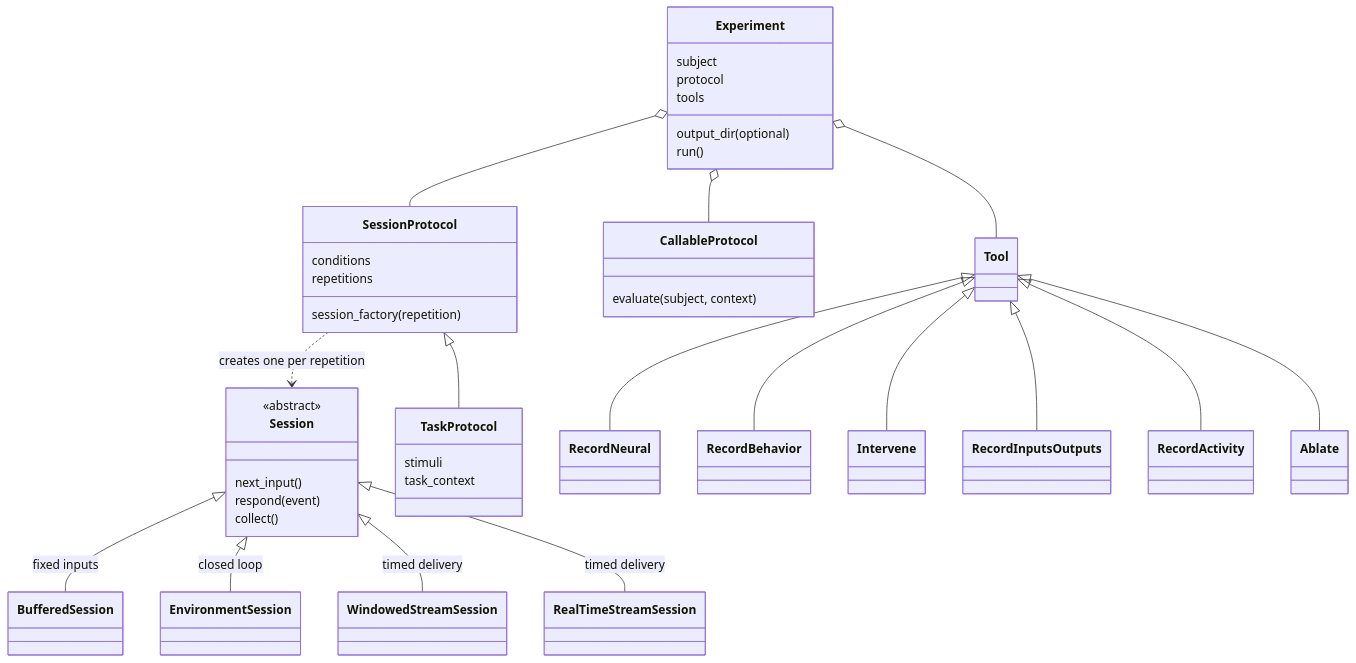
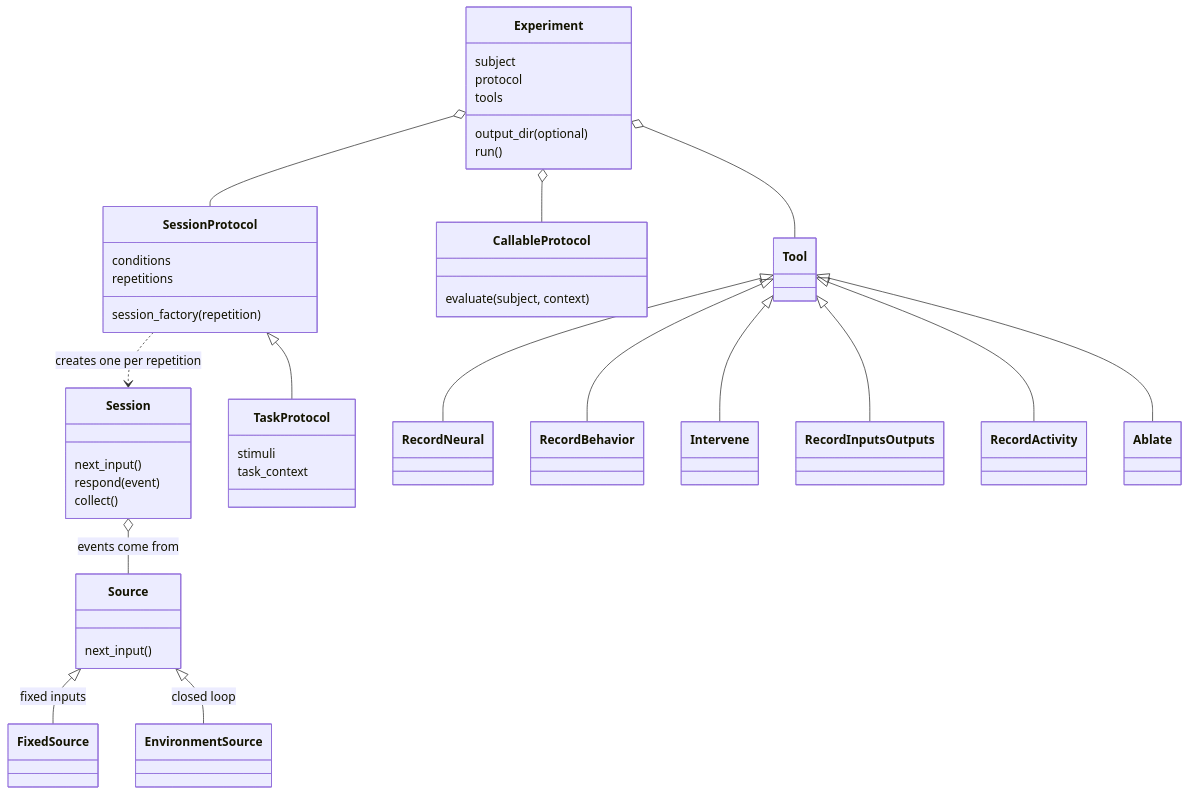
One commit to KartikP/brainscore-unified changed the third of 3 diagrams in docs/03_class_map.md. Above: the diagram before and after it, drawn with Mermaid. The commit also changed other lines of this file and 26 other files, not shown here.

First line of the commit message:
docs: describe the one session, rows, control events and trial history

````diff
--- a/docs/03_class_map.md
+++ b/docs/03_class_map.md
@@ -124,43 +121,44 @@
 ```mermaid
 classDiagram
     class Session {
-        <<abstract>>
         next_input()
         respond(event)
         collect()
     }
-    Session <|-- BufferedSession : fixed inputs
-    Session <|-- EnvironmentSession : closed loop
-    Session <|-- WindowedStreamSession : timed delivery
-    Session <|-- RealTimeStreamSession : timed delivery
+    class Source {
+        next_input()
+    }
+    Session o-- Source : events come from
+    Source <|-- FixedSource : fixed inputs
+    Source <|-- EnvironmentSource : closed loop
     class SessionProtocol {
         session_factory(repetition)
         conditions
         repetitions
     }
     class CallableProtocol {
         evaluate(subject, context)
     }
     class Experiment {
         subject
         protocol
         tools
         output_dir (optional)
         run()
     }
     class TaskProtocol {
         stimuli
         task_context
     }
     Experiment o-- SessionProtocol
     Experiment o-- CallableProtocol
     SessionProtocol <|-- TaskProtocol
     SessionProtocol ..> Session : creates one per repetition
     Experiment o-- Tool
     Tool <|-- RecordNeural
     Tool <|-- RecordBehavior
     Tool <|-- Intervene
     Tool <|-- RecordInputsOutputs
     Tool <|-- RecordActivity
     Tool <|-- Ablate
 ```
````
